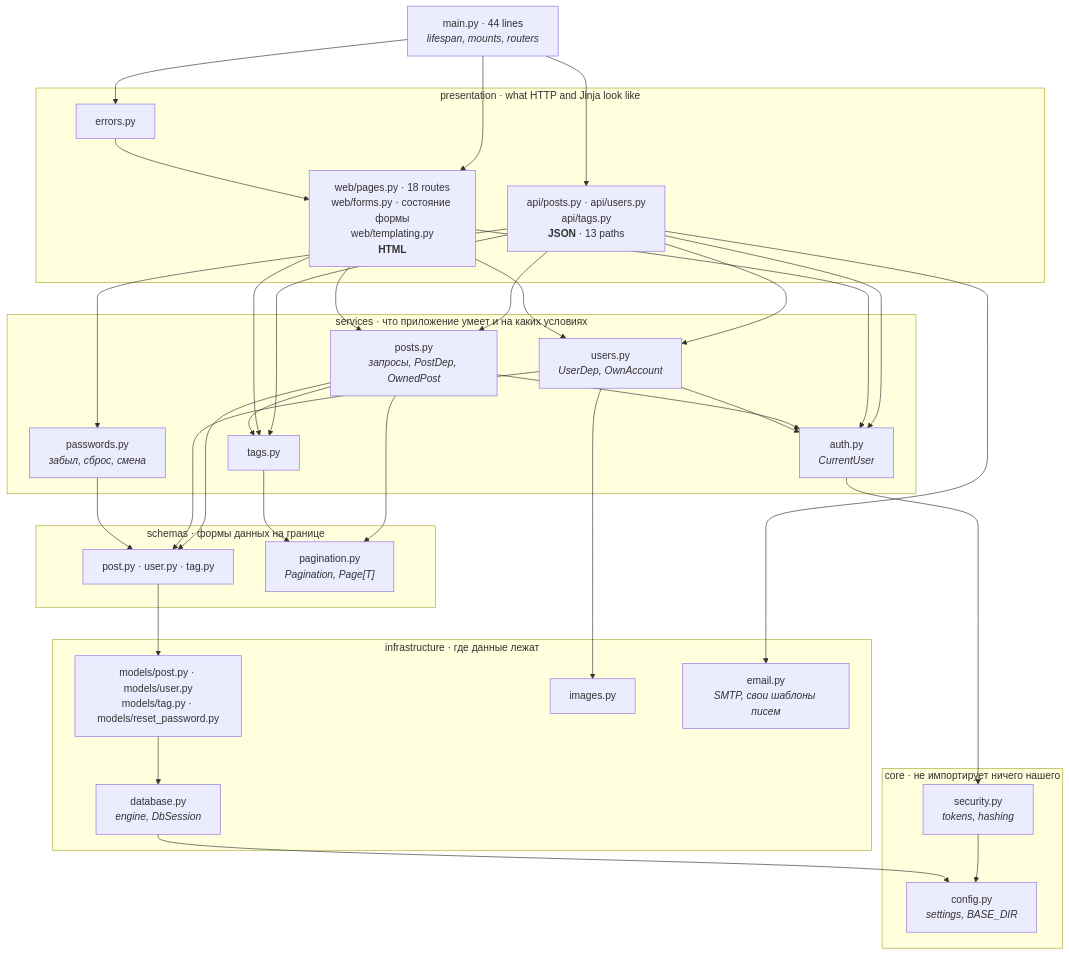
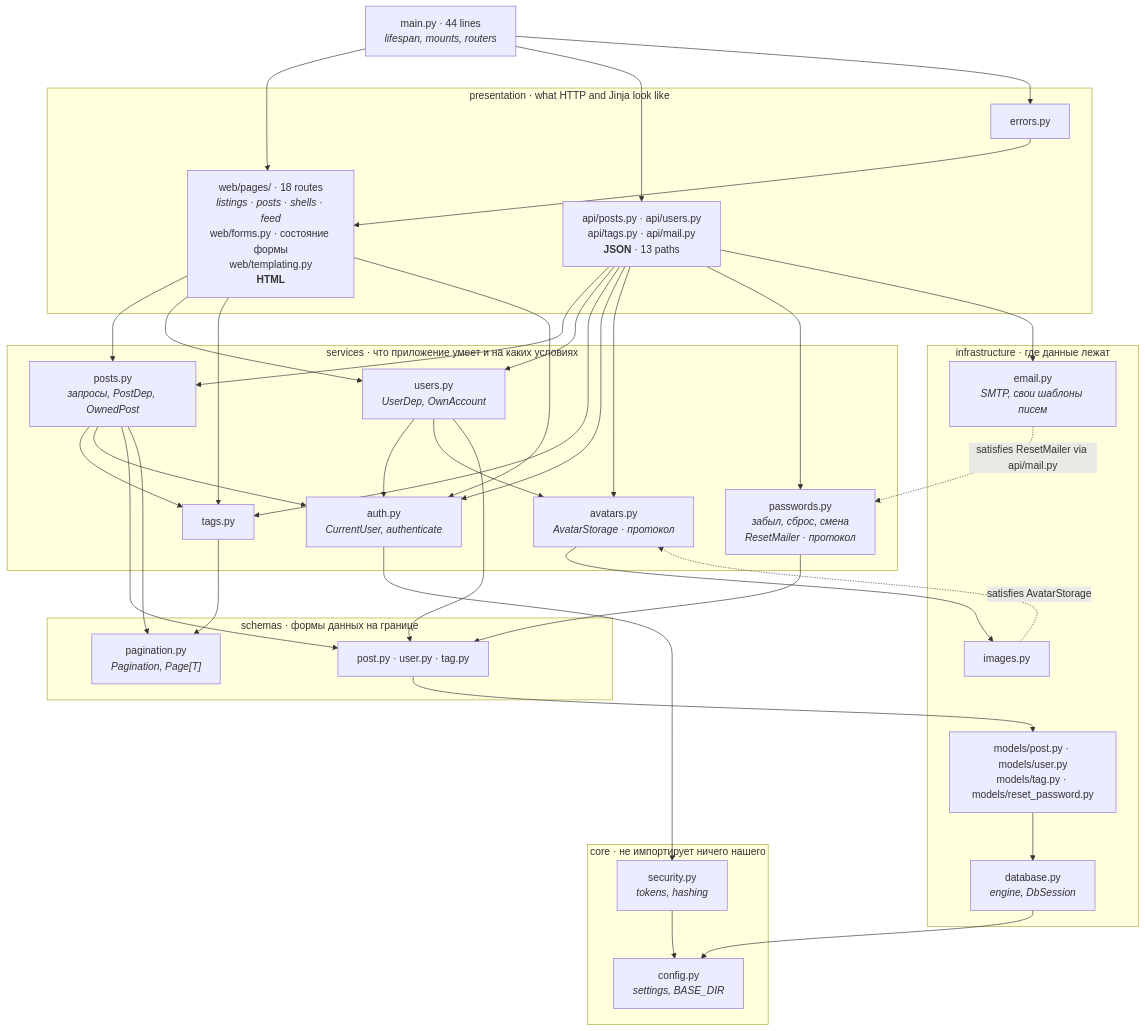
The first of 4 diagrams in docs/architecture.md (OstapchukIryna/fastapi-blog), drawn with Mermaid before and after one commit. The commit also changed other lines of this file and 19 other files, not shown here.

````diff
--- a/docs/architecture.md
+++ b/docs/architecture.md
@@ -26,68 +26,78 @@
 ```mermaid
 graph TD
     main["main.py · 44 lines<br/><i>lifespan, mounts, routers</i>"]
 
     subgraph L4["presentation · what HTTP and Jinja look like"]
-        pages["web/pages.py · 18 routes<br/>web/forms.py · состояние формы<br/>web/templating.py<br/><b>HTML</b>"]
-        api["api/posts.py · api/users.py<br/>api/tags.py<br/><b>JSON</b> · 13 paths"]
+        pages["web/pages/ · 18 routes<br/><i>listings · posts · shells · feed</i><br/>web/forms.py · состояние формы<br/>web/templating.py<br/><b>HTML</b>"]
+        api["api/posts.py · api/users.py<br/>api/tags.py · api/mail.py<br/><b>JSON</b> · 13 paths"]
         errors["errors.py"]
     end
 
     subgraph L3["services · что приложение умеет и на каких условиях"]
         s_posts["posts.py<br/><i>запросы, PostDep, OwnedPost</i>"]
         s_users["users.py<br/><i>UserDep, OwnAccount</i>"]
+        s_avatars["avatars.py<br/><i>AvatarStorage · протокол</i>"]
         s_tags["tags.py"]
-        s_auth["auth.py<br/><i>CurrentUser</i>"]
-        s_pw["passwords.py<br/><i>забыл, сброс, смена</i>"]
+        s_auth["auth.py<br/><i>CurrentUser, authenticate</i>"]
+        s_pw["passwords.py<br/><i>забыл, сброс, смена<br/>ResetMailer · протокол</i>"]
     end
 
     subgraph L2["schemas · формы данных на границе"]
         schemas["post.py · user.py · tag.py"]
         pagination["pagination.py<br/><i>Pagination, Page[T]</i>"]
     end
 
     subgraph L1["infrastructure · где данные лежат"]
         models["models/post.py · models/user.py<br/>models/tag.py · models/reset_password.py"]
         database["database.py<br/><i>engine, DbSession</i>"]
         images["images.py"]
         mail["email.py<br/><i>SMTP, свои шаблоны писем</i>"]
     end
 
     subgraph L0["core · не импортирует ничего нашего"]
         config["config.py<br/><i>settings, BASE_DIR</i>"]
         security["security.py<br/><i>tokens, hashing</i>"]
     end
 
     main --> pages
     main --> api
     main --> errors
 
     errors --> pages
     api --> s_posts
     api --> s_users
     api --> s_tags
     api --> s_auth
     pages --> s_posts
     pages --> s_users
     pages --> s_tags
     pages --> s_auth
 
     s_posts --> s_tags
     s_posts --> s_auth
     s_users --> s_auth
+    s_users --> s_avatars
 
     s_posts --> schemas
     s_posts --> pagination
     s_tags --> pagination
     s_users --> schemas
-    s_users --> images
+    api --> s_avatars
+    s_avatars --> images
     api --> s_pw
     api --> mail
     s_pw --> schemas
     s_auth --> security
+
+    %% Dotted: satisfies, not imports. The protocol is declared by the
+    %% service that needs it; the implementation matches it by shape and
+    %% never names it, which is what keeps these two arrows pointing up
+    %% without an import doing the same.
+    images -.->|satisfies AvatarStorage| s_avatars
+    mail -.->|satisfies ResetMailer via api/mail.py| s_pw
 
     schemas --> models
     models --> database
     security --> config
     database --> config
 ```
````
